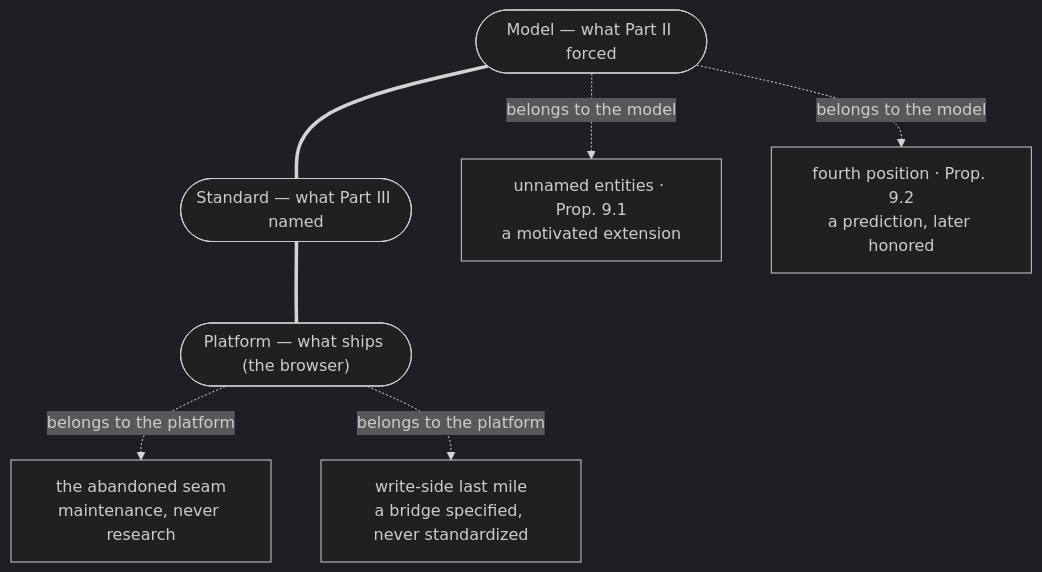
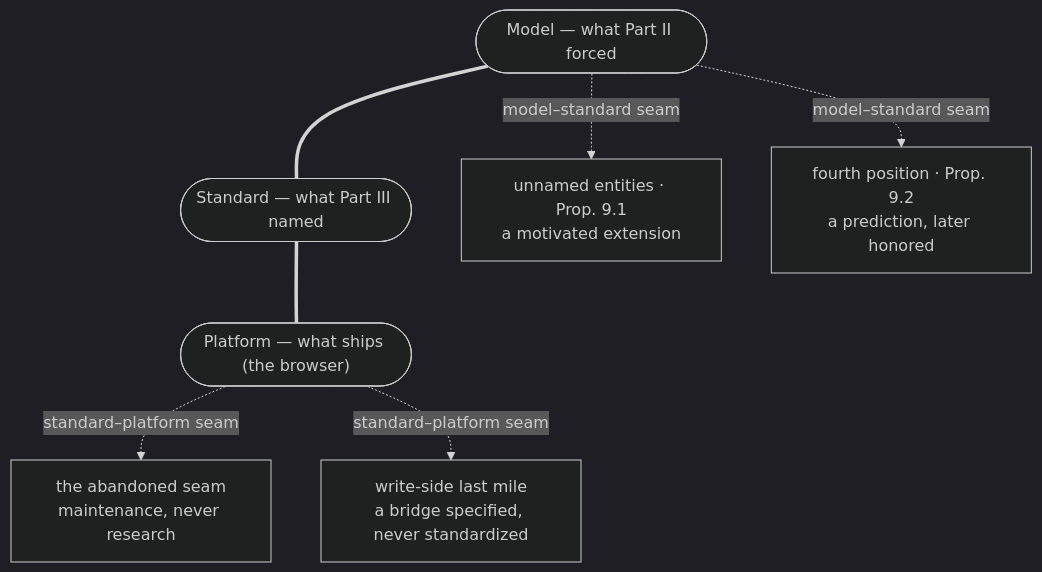
Before and after one commit to AtomGraph/First-Principles-of-the-Web: the eighth of 11 diagrams in first-principles-of-the-web.md, drawn with Mermaid (dark theme). The commit also changed other lines of this file, not shown here.

````diff
--- a/first-principles-of-the-web.md
+++ b/first-principles-of-the-web.md
@@ -707,13 +723,13 @@
 ```mermaid
 flowchart TB
     Model(["Model — what Part II forced"])
     Standard(["Standard — what Part III named"])
     Platform(["Platform — what ships (the browser)"])
 
     Model === Standard === Platform
 
-    Model -. "belongs to the model" .-> m1["unnamed entities · Prop. 9.1<br/>a motivated extension"]
-    Model -. "belongs to the model" .-> m2["fourth position · Prop. 9.2<br/>a prediction, later honored"]
-    Platform -. "belongs to the platform" .-> m3["the abandoned seam<br/>maintenance, never research"]
-    Platform -. "belongs to the platform" .-> m4["write-side last mile<br/>a bridge specified, never standardized"]
+    Model -. "model–standard seam" .-> m1["unnamed entities · Prop. 9.1<br/>a motivated extension"]
+    Model -. "model–standard seam" .-> m2["fourth position · Prop. 9.2<br/>a prediction, later honored"]
+    Platform -. "standard–platform seam" .-> m3["the abandoned seam<br/>maintenance, never research"]
+    Platform -. "standard–platform seam" .-> m4["write-side last mile<br/>a bridge specified, never standardized"]
 ```
````
